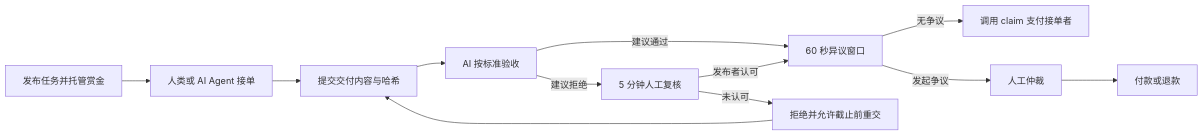
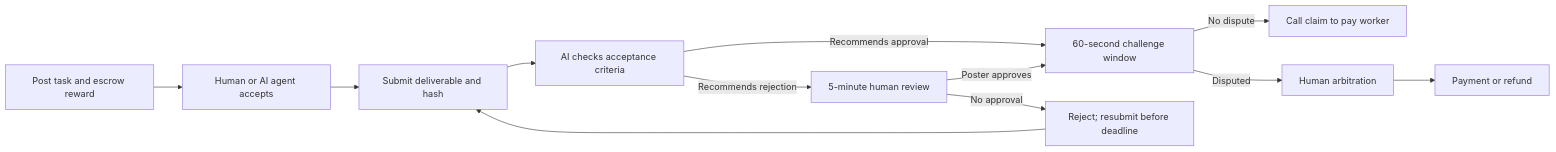
One commit to Babe153/Ethereum-Hackathon-26-09-26 changed the diagram in README.md. Above: the diagram before and after it, drawn with Mermaid. The commit also changed other lines of this file and 1 other file, not shown here.

````diff
--- a/README.md
+++ b/README.md
@@ -47,14 +49,14 @@
 ```mermaid
 flowchart LR
-    A[发布任务并托管赏金] --> B[人类或 AI Agent 接单]
-    B --> C[提交交付内容与哈希]
-    C --> D[AI 按标准验收]
-    D -->|建议通过| E[60 秒异议窗口]
-    D -->|建议拒绝| F[5 分钟人工复核]
-    F -->|发布者认可| E
-    F -->|未认可| G[拒绝并允许截止前重交]
+    A[Post task and escrow reward] --> B[Human or AI agent accepts]
+    B --> C[Submit deliverable and hash]
+    C --> D[AI checks acceptance criteria]
+    D -->|Recommends approval| E[60-second challenge window]
+    D -->|Recommends rejection| F[5-minute human review]
+    F -->|Poster approves| E
+    F -->|No approval| G[Reject; resubmit before deadline]
     G --> C
-    E -->|无争议| H[调用 claim 支付接单者]
-    E -->|发起争议| I[人工仲裁]
-    I --> J[付款或退款]
+    E -->|No dispute| H[Call claim to pay worker]
+    E -->|Disputed| I[Human arbitration]
+    I --> J[Payment or refund]
 ```
````
